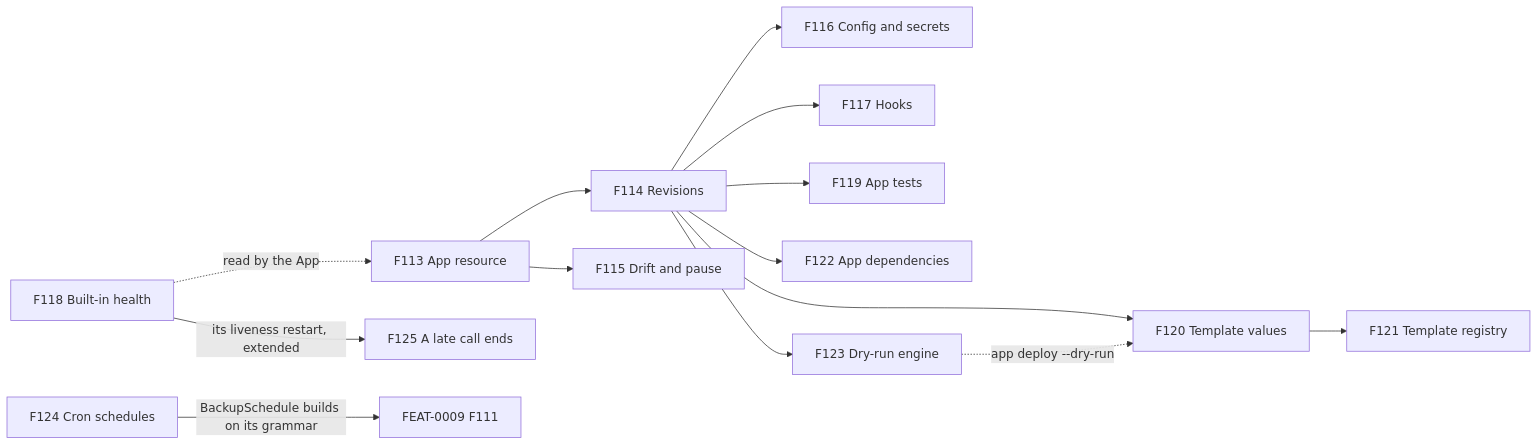
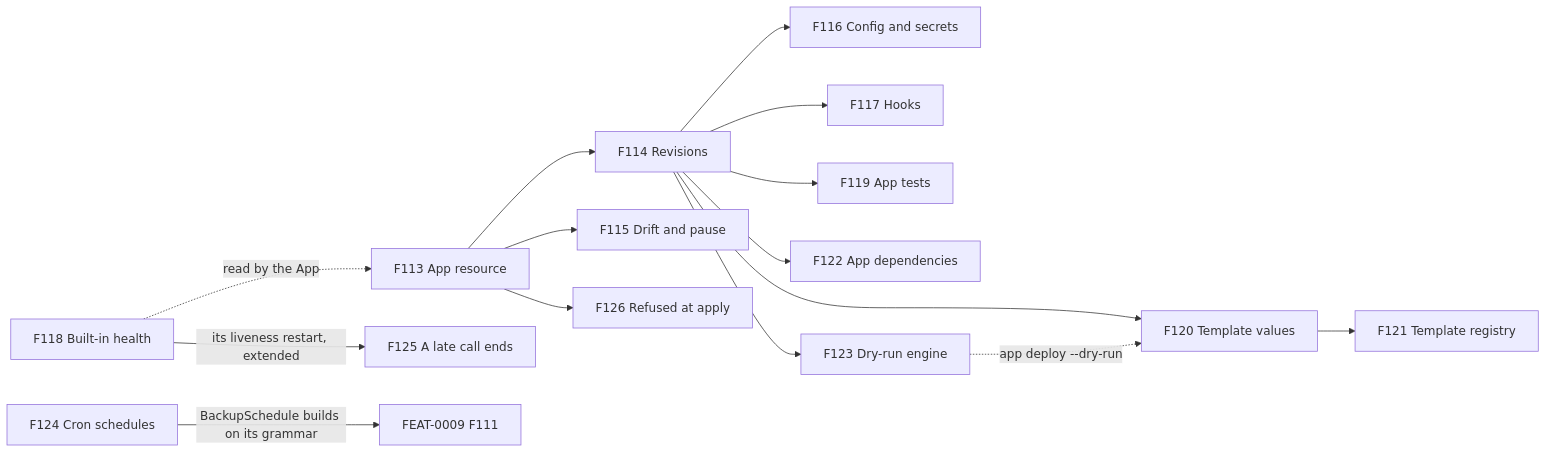
Before and after one commit to pyvvo/funcd: the first of 7 diagrams in docs/feat/0010-feat-apps.md, drawn with Mermaid. The commit also changed other lines of this file and 2 other files, not shown here.

First line of the commit message:
docs(adr): accept ADR-0229, an undeclared step store is refused at apply (FEAT-0010/F126)

````diff
--- a/docs/feat/0010-feat-apps.md
+++ b/docs/feat/0010-feat-apps.md
@@ -51,16 +51,17 @@
 ```mermaid
 flowchart LR
     F113["F113 App resource"] --> F114["F114 Revisions"]
     F113 --> F115["F115 Drift and pause"]
     F114 --> F116["F116 Config and secrets"]
     F114 --> F117["F117 Hooks"]
     F114 --> F119["F119 App tests"]
     F114 --> F122["F122 App dependencies"]
     F114 --> F120["F120 Template values"]
     F120 --> F121["F121 Template registry"]
     F118["F118 Built-in health"] -.->|"read by the App"| F113
     F114 --> F123["F123 Dry-run engine"]
     F123 -.->|"app deploy --dry-run"| F120
     F124["F124 Cron schedules"] -->|"BackupSchedule builds on its grammar"| F111["FEAT-0009 F111"]
     F118 -->|"its liveness restart, extended"| F125["F125 A late call ends"]
+    F113 --> F126["F126 Refused at apply"]
 ```
````
